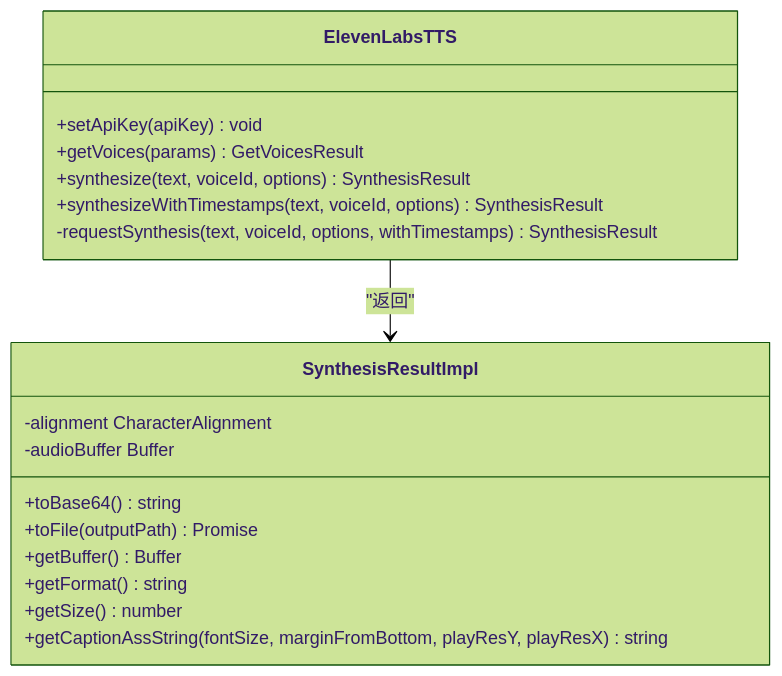
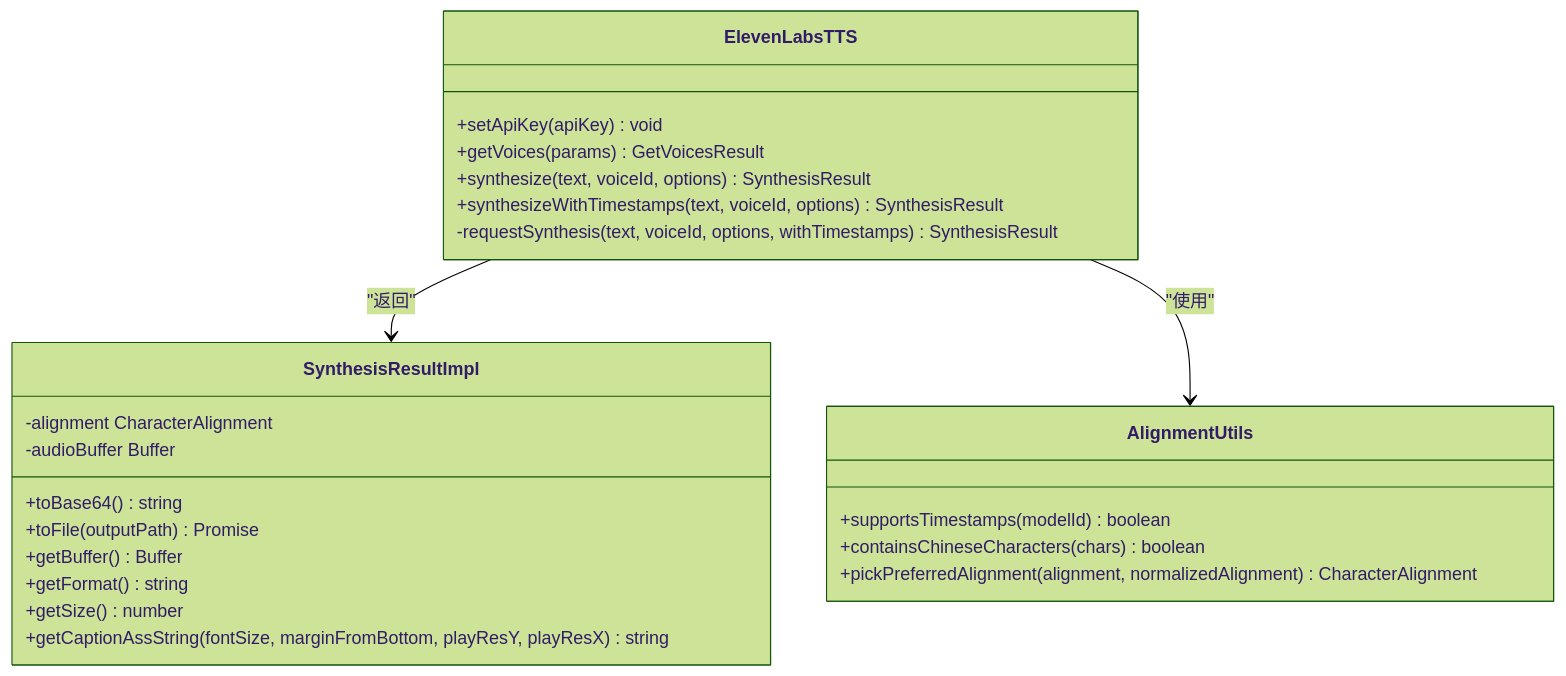
One commit to torans/crow.video changed the third of 8 diagrams in .qoder/repowiki/zh/content/核心功能模块/语音合成系统.md. Above: the diagram before and after it, drawn with Mermaid (forest theme). The commit also changed other lines of this file and 7 other files, not shown here.

````diff
--- a/.qoder/repowiki/zh/content/核心功能模块/语音合成系统.md
+++ b/.qoder/repowiki/zh/content/核心功能模块/语音合成系统.md
@@ -170,21 +178,27 @@
 ```mermaid
 classDiagram
 class ElevenLabsTTS {
 +setApiKey(apiKey) void
 +getVoices(params) GetVoicesResult
 +synthesize(text, voiceId, options) SynthesisResult
 +synthesizeWithTimestamps(text, voiceId, options) SynthesisResult
 -requestSynthesis(text, voiceId, options, withTimestamps) SynthesisResult
 }
 class SynthesisResultImpl {
 -alignment CharacterAlignment
 -audioBuffer Buffer
 +toBase64() string
 +toFile(outputPath) Promise<void>
 +getBuffer() Buffer
 +getFormat() string
 +getSize() number
 +getCaptionAssString(fontSize, marginFromBottom, playResY, playResX) string
 }
+class AlignmentUtils {
++supportsTimestamps(modelId) boolean
++containsChineseCharacters(chars) boolean
++pickPreferredAlignment(alignment, normalizedAlignment) CharacterAlignment
+}
 ElevenLabsTTS --> SynthesisResultImpl : "返回"
+ElevenLabsTTS --> AlignmentUtils : "使用"
 ```
````
